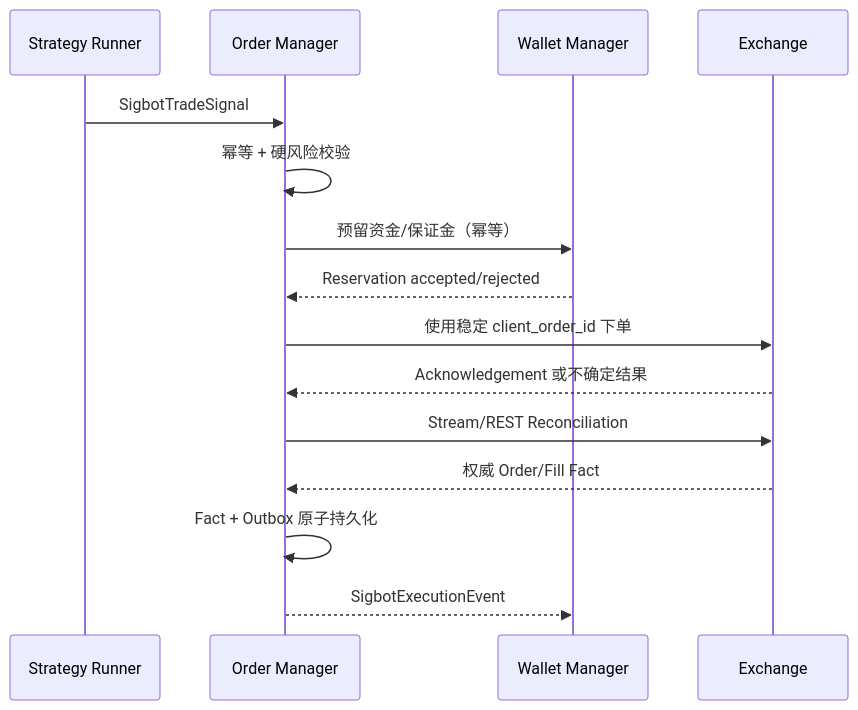
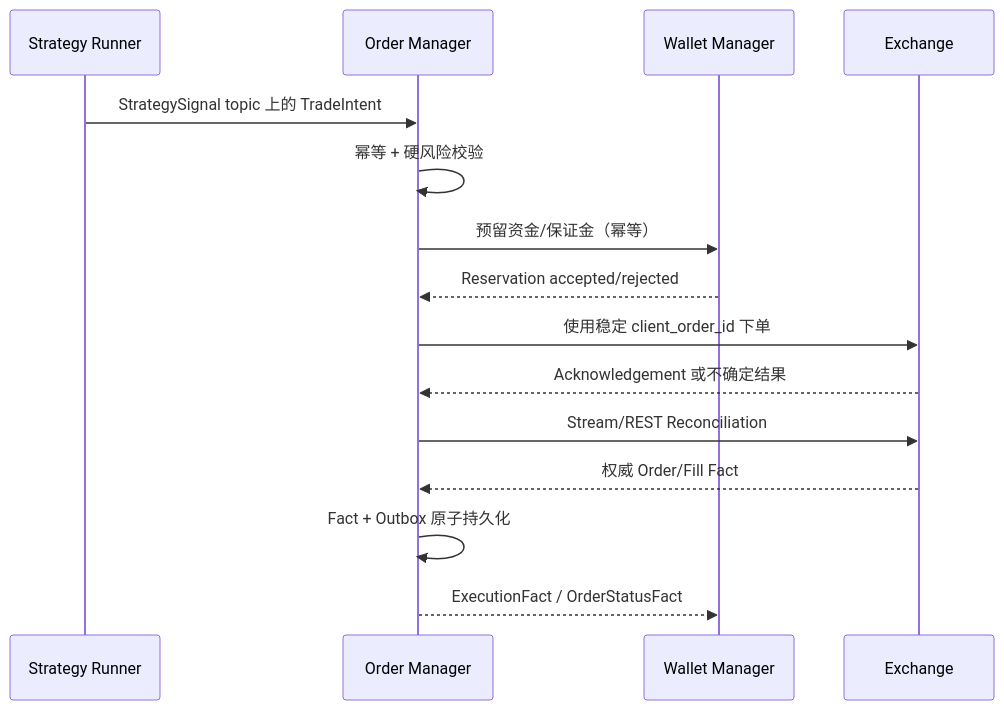
One commit to sigbot-labs/sigbot-core changed the diagram in docs/architecture/engine/order-manager/overview_ZH.md. Above: the diagram before and after it, drawn with Mermaid. The commit also changed other lines of this file and 40 other files, not shown here.

Commit message:
Align architecture docs with implemented runtime boundaries

````diff
--- a/docs/architecture/engine/order-manager/overview_ZH.md
+++ b/docs/architecture/engine/order-manager/overview_ZH.md
@@ -13,17 +13,17 @@
 ```mermaid
 sequenceDiagram
     participant S as Strategy Runner
     participant O as Order Manager
     participant W as Wallet Manager
     participant X as Exchange
-    S->>O: SigbotTradeSignal
+    S->>O: StrategySignal topic 上的 TradeIntent
     O->>O: 幂等 + 硬风险校验
     O->>W: 预留资金/保证金（幂等）
     W-->>O: Reservation accepted/rejected
     O->>X: 使用稳定 client_order_id 下单
     X-->>O: Acknowledgement 或不确定结果
     O->>X: Stream/REST Reconciliation
     X-->>O: 权威 Order/Fill Fact
     O->>O: Fact + Outbox 原子持久化
-    O-->>W: SigbotExecutionEvent
+    O-->>W: ExecutionFact / OrderStatusFact
 ```
````
